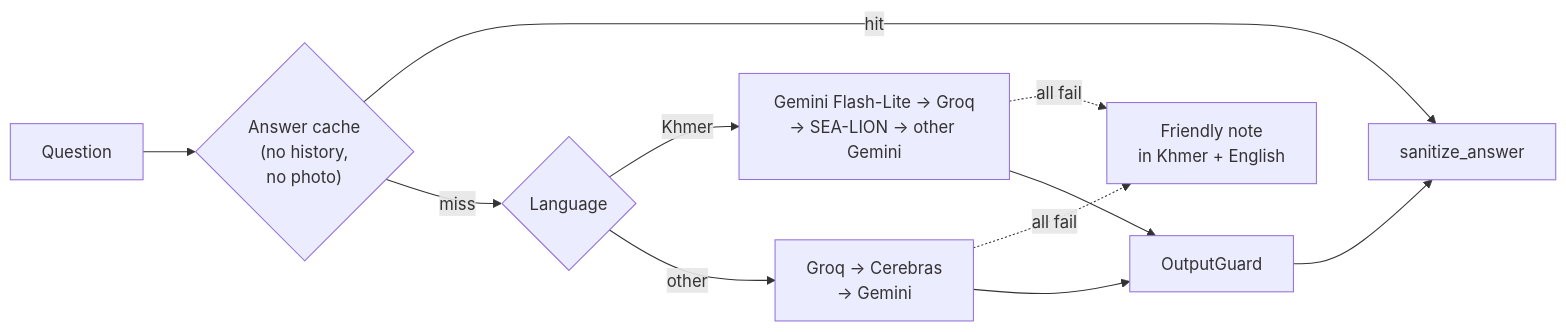
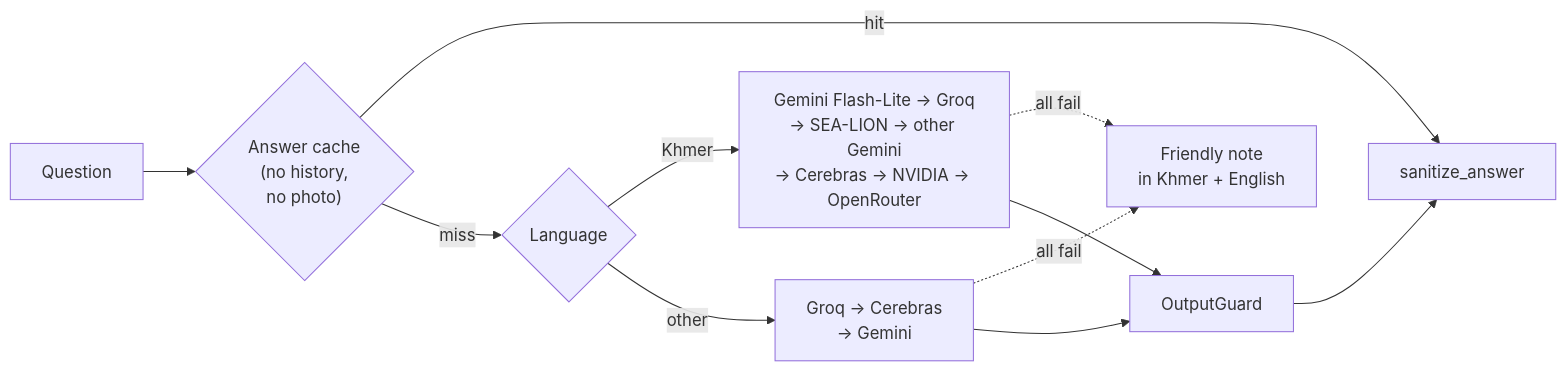
One commit to Sothonp/Bondus changed the fifth of 6 diagrams in README.md. Above: the diagram before and after it, drawn with Mermaid. The commit also changed 5 other files, not shown here.

````diff
--- a/README.md
+++ b/README.md
@@ -180,10 +180,10 @@
 ```mermaid
 flowchart LR
     Q["Question"] --> C{"Answer cache<br/>(no history,<br/>no photo)"}
     C -- hit --> Z
     C -- miss --> R{"Language"}
-    R -- Khmer --> K["Gemini Flash-Lite → Groq<br/>→ SEA-LION → other Gemini"]
+    R -- Khmer --> K["Gemini Flash-Lite → Groq<br/>→ SEA-LION → other Gemini<br/>→ Cerebras → NVIDIA → OpenRouter"]
     R -- other --> E["Groq → Cerebras<br/>→ Gemini"]
     K & E -. "all fail" .-> X["Friendly note<br/>in Khmer + English"]
     K & E --> O["OutputGuard"] --> Z["sanitize_answer"]
 ```
````
